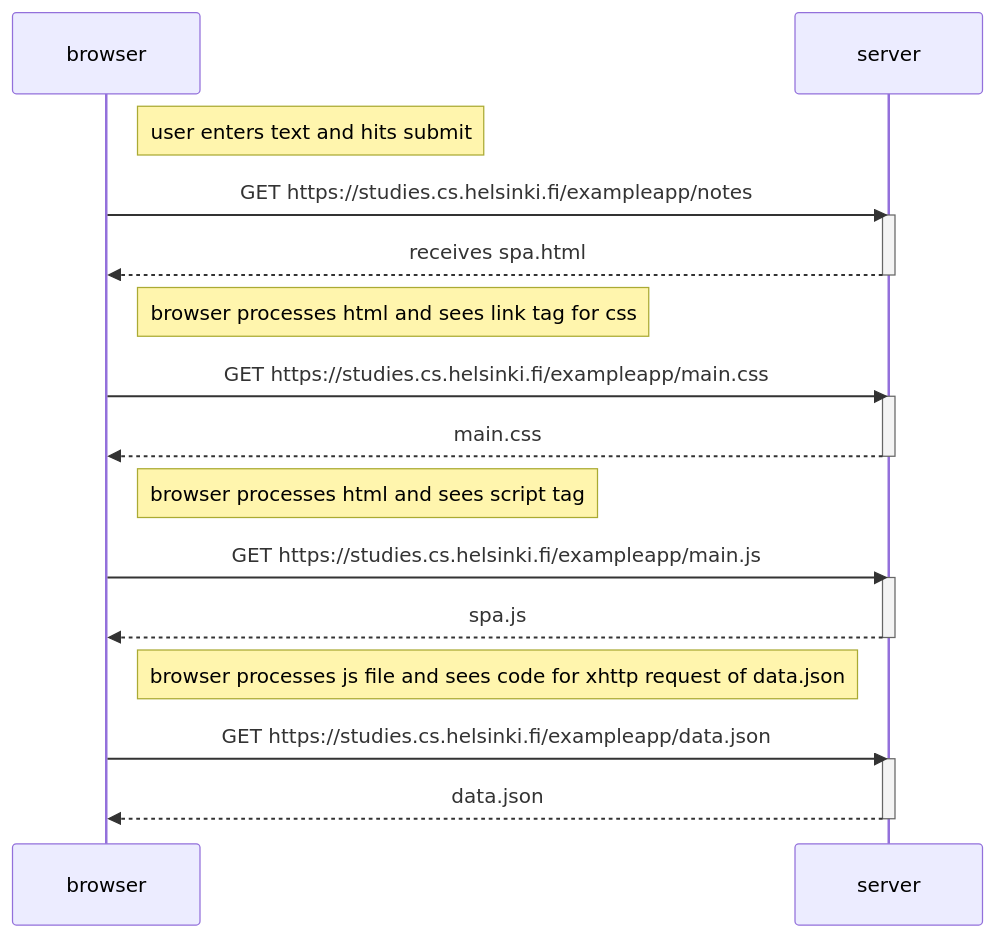
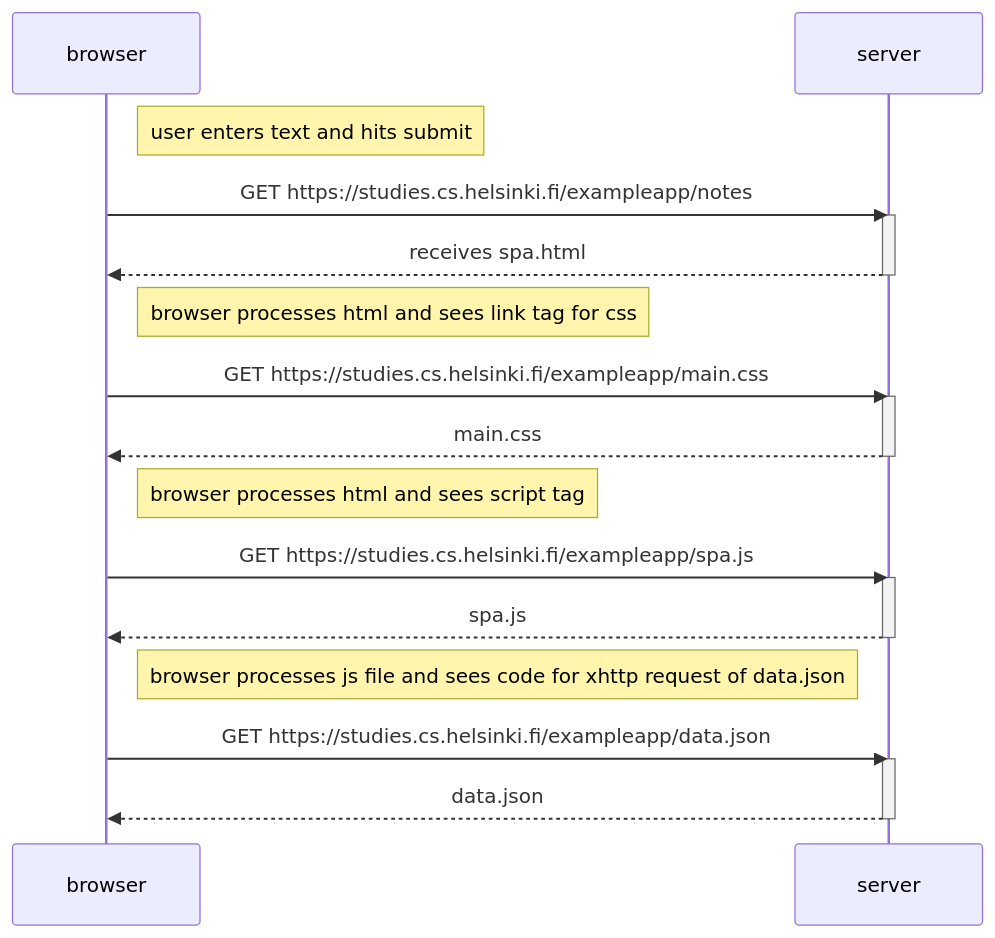
One commit to fullstackstan/FSO2023 changed the diagram in part 0/exercise0-5/sequence-diagram.md. Above: the diagram before and after it, drawn with Mermaid.

Commit message:
final update

````diff
--- a/part 0/exercise0-5/sequence-diagram.md
+++ b/part 0/exercise0-5/sequence-diagram.md
@@ -2,36 +2,36 @@
 ```mermaid
 sequenceDiagram
     participant browser
     participant server
 
     note right of browser: user enters text and hits submit
     
     
 
     browser->>server: GET https://studies.cs.helsinki.fi/exampleapp/notes
     activate server
     server-->>browser: receives spa.html
     deactivate server
 
     note right of browser: browser processes html and sees  link tag for css
 
     browser->>server: GET https://studies.cs.helsinki.fi/exampleapp/main.css
     activate server
     server-->>browser: main.css
 
     deactivate server
     
     note right of browser: browser processes html and sees script tag 
 
-    browser->>server: GET https://studies.cs.helsinki.fi/exampleapp/main.js
+    browser->>server: GET https://studies.cs.helsinki.fi/exampleapp/spa.js
     activate server
     server-->>browser: spa.js
     deactivate server
 
     note right of browser: browser processes js file and sees code for xhttp request of data.json 
 
     browser->>server: GET https://studies.cs.helsinki.fi/exampleapp/data.json
     activate server
     server-->>browser: data.json
     deactivate server
    ```
````
